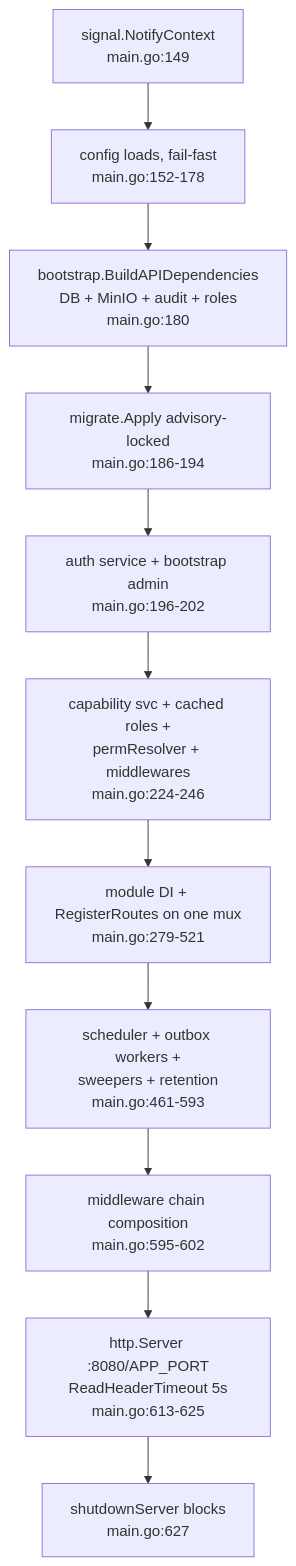
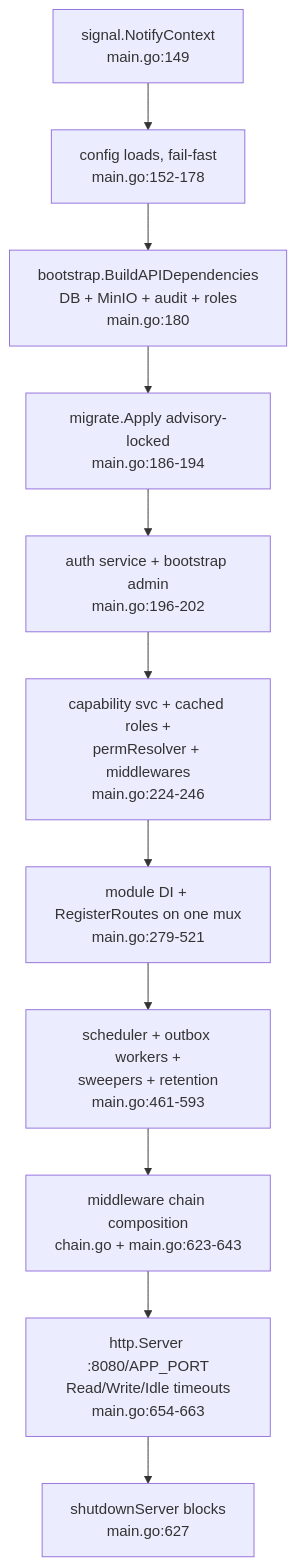
Before and after one commit to developmentconexus-ops/MetalDocs: the first of 4 diagrams in wiki/backend/http-kernel.md, drawn with Mermaid. The commit also changed other lines of this file and 19 other files, not shown here.

````diff
--- a/wiki/backend/http-kernel.md
+++ b/wiki/backend/http-kernel.md
@@ -86,13 +89,13 @@
 ```mermaid
 flowchart TD
     SIG[signal.NotifyContext<br/>main.go:149] --> CFG[config loads, fail-fast<br/>main.go:152-178]
     CFG --> DEPS[bootstrap.BuildAPIDependencies<br/>DB + MinIO + audit + roles<br/>main.go:180]
     DEPS --> MIG[migrate.Apply advisory-locked<br/>main.go:186-194]
     MIG --> AUTH[auth service + bootstrap admin<br/>main.go:196-202]
     AUTH --> AUTHZ[capability svc + cached roles +<br/>permResolver + middlewares<br/>main.go:224-246]
     AUTHZ --> MOUNT[module DI + RegisterRoutes on one mux<br/>main.go:279-521]
     MOUNT --> BG[scheduler + outbox workers +<br/>sweepers + retention<br/>main.go:461-593]
-    BG --> CHAIN[middleware chain composition<br/>main.go:595-602]
-    CHAIN --> SRV[http.Server :8080/APP_PORT<br/>ReadHeaderTimeout 5s<br/>main.go:613-625]
+    BG --> CHAIN[middleware chain composition<br/>chain.go + main.go:623-643]
+    CHAIN --> SRV[http.Server :8080/APP_PORT<br/>Read/Write/Idle timeouts<br/>main.go:654-663]
     SRV --> SHUT[shutdownServer blocks<br/>main.go:627]
 ```
````
